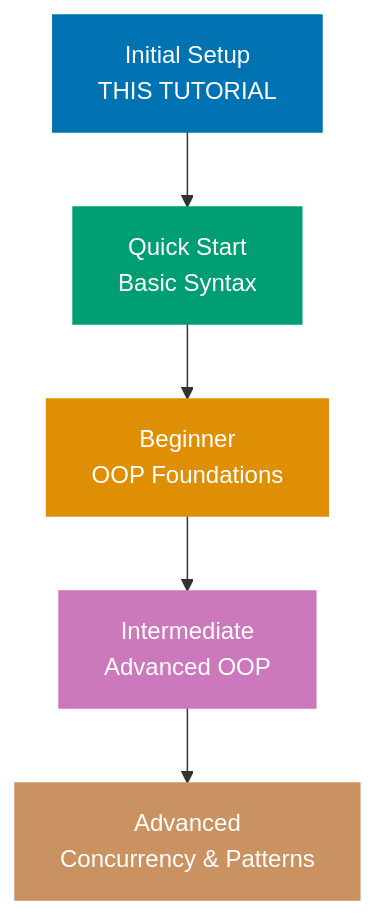
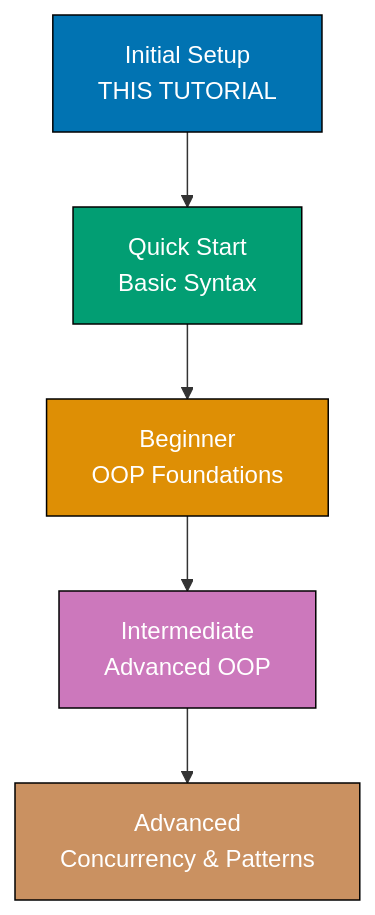
One commit to wahidyankf/open-sharia-enterprise changed the diagram in apps/ayokoding-web/content/en/learn/software-engineering/programming-language/java/tutorials/initial-setup.md. Above: the diagram before and after it, drawn with Mermaid. The commit also changed 29 other files, not shown here.

````diff
--- a/apps/ayokoding-web/content/en/learn/software-engineering/programming-language/java/tutorials/initial-setup.md
+++ b/apps/ayokoding-web/content/en/learn/software-engineering/programming-language/java/tutorials/initial-setup.md
@@ -35,13 +35,13 @@
 ```mermaid
 graph TD
     A[Initial Setup<br/>THIS TUTORIAL] --> B[Quick Start<br/>Basic Syntax]
     B --> C[Beginner<br/>OOP Foundations]
     C --> D[Intermediate<br/>Advanced OOP]
     D --> E[Advanced<br/>Concurrency & Patterns]
 
-    style A fill:#0173B2,stroke:#0173B2,color:#fff
-    style B fill:#029E73,stroke:#029E73,color:#fff
-    style C fill:#DE8F05,stroke:#DE8F05,color:#fff
-    style D fill:#CC78BC,stroke:#CC78BC,color:#fff
-    style E fill:#CA9161,stroke:#CA9161,color:#fff
+    style A fill:#0173B2,stroke:#000000,color:#fff
+    style B fill:#029E73,stroke:#000000,color:#fff
+    style C fill:#DE8F05,stroke:#000000,color:#fff
+    style D fill:#CC78BC,stroke:#000000,color:#fff
+    style E fill:#CA9161,stroke:#000000,color:#fff
 ```
````
